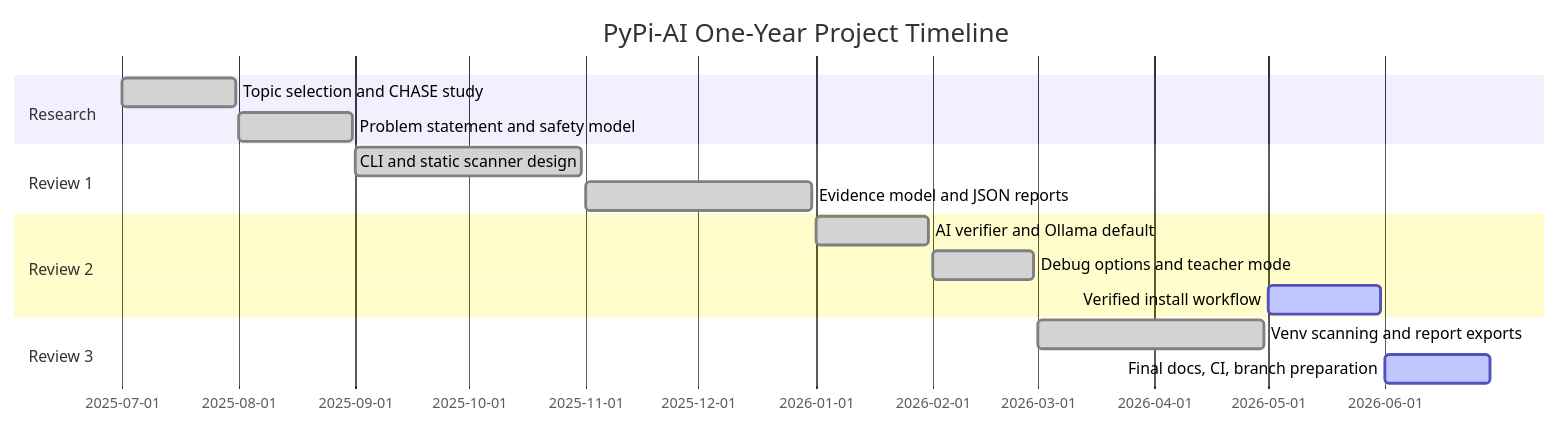
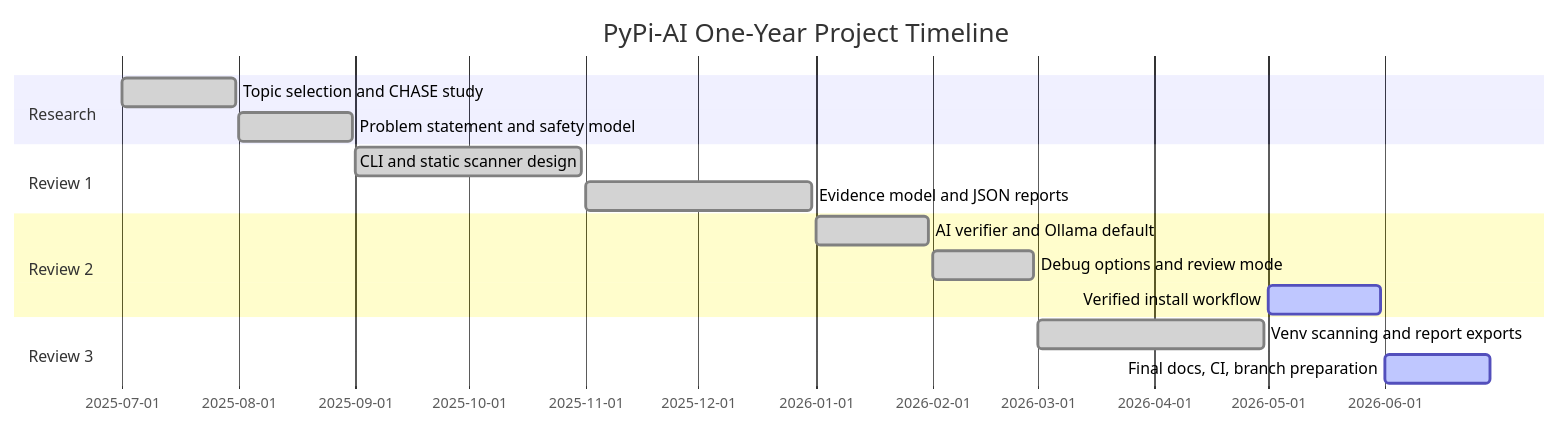
The first of 3 diagrams in docs/ONE_YEAR_PROGRESS_REPORT.md (Vasanthadithya-mundrathi/PyPI-AI), drawn with Mermaid before and after one commit. The commit also changed other lines of this file and 21 other files, not shown here.

````diff
--- a/docs/ONE_YEAR_PROGRESS_REPORT.md
+++ b/docs/ONE_YEAR_PROGRESS_REPORT.md
@@ -20,18 +20,18 @@
 ```mermaid
 gantt
     title PyPi-AI One-Year Project Timeline
     dateFormat  YYYY-MM-DD
     section Research
     Topic selection and CHASE study       :done, r1, 2025-07-01, 2025-07-31
     Problem statement and safety model    :done, r2, 2025-08-01, 2025-08-31
     section Review 1
     CLI and static scanner design         :done, a1, 2025-09-01, 2025-10-31
     Evidence model and JSON reports       :done, a2, 2025-11-01, 2025-12-31
     section Review 2
     AI verifier and Ollama default        :done, b1, 2026-01-01, 2026-01-31
-    Debug options and teacher mode        :done, b2, 2026-02-01, 2026-02-28
+    Debug options and review mode         :done, b2, 2026-02-01, 2026-02-28
     Verified install workflow             :active, b3, 2026-05-01, 2026-05-31
     section Review 3
     Venv scanning and report exports      :done, c1, 2026-03-01, 2026-04-30
     Final docs, CI, branch preparation    :active, c2, 2026-06-01, 2026-06-29
 ```
````
